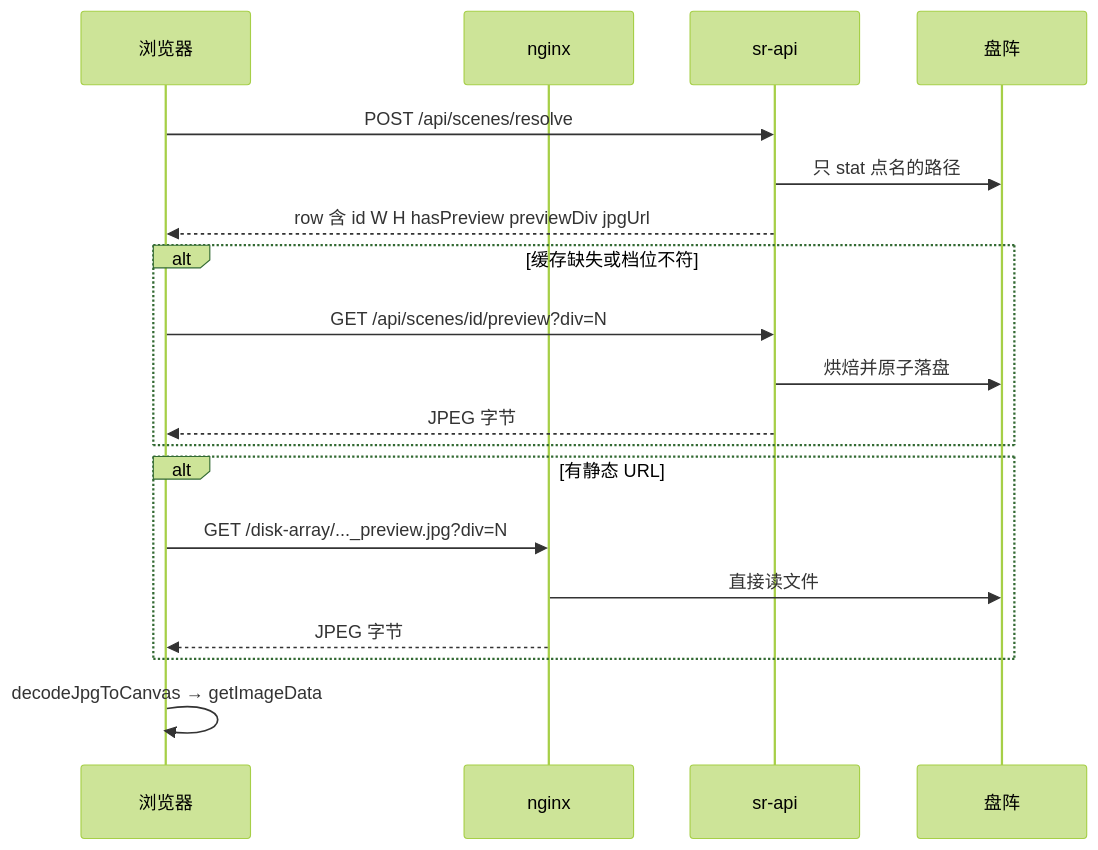
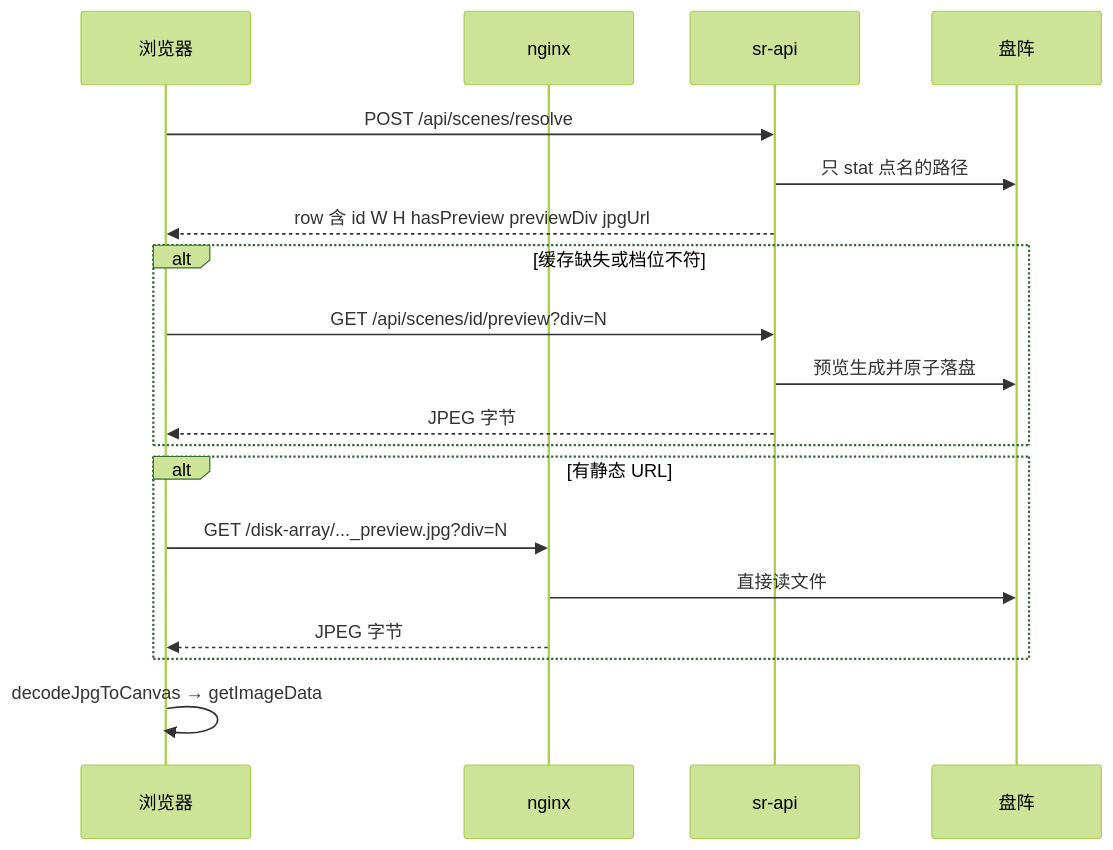
The fifth of 5 diagrams in docs/knowledge/io-pipeline/scene-io.md (Jason001028/sr_agent_platform), drawn with Mermaid (forest theme) before and after one commit. The commit also changed other lines of this file and 84 other files, not shown here.

````diff
--- a/docs/knowledge/io-pipeline/scene-io.md
+++ b/docs/knowledge/io-pipeline/scene-io.md
@@ -161,25 +161,25 @@
 ```mermaid
 sequenceDiagram
   participant FE as 浏览器
   participant NG as nginx
   participant API as sr-api
   participant DISK as 盘阵
 
   FE->>API: POST /api/scenes/resolve
   API->>DISK: 只 stat 点名的路径
   API-->>FE: row 含 id W H hasPreview previewDiv jpgUrl
 
   alt 缓存缺失或档位不符
     FE->>API: GET /api/scenes/id/preview?div=N
-    API->>DISK: 烘焙并原子落盘
+    API->>DISK: 预览生成并原子落盘
     API-->>FE: JPEG 字节
   end
 
   alt 有静态 URL
     FE->>NG: GET /disk-array/..._preview.jpg?div=N
     NG->>DISK: 直接读文件
     NG-->>FE: JPEG 字节
   end
 
   FE->>FE: decodeJpgToCanvas → getImageData
 ```
````
